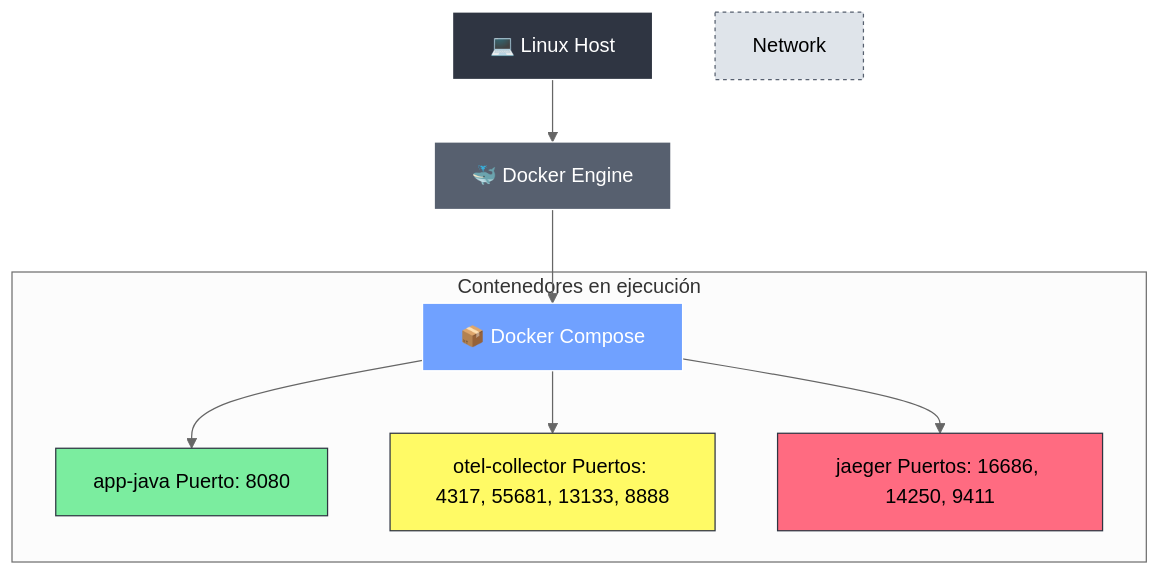
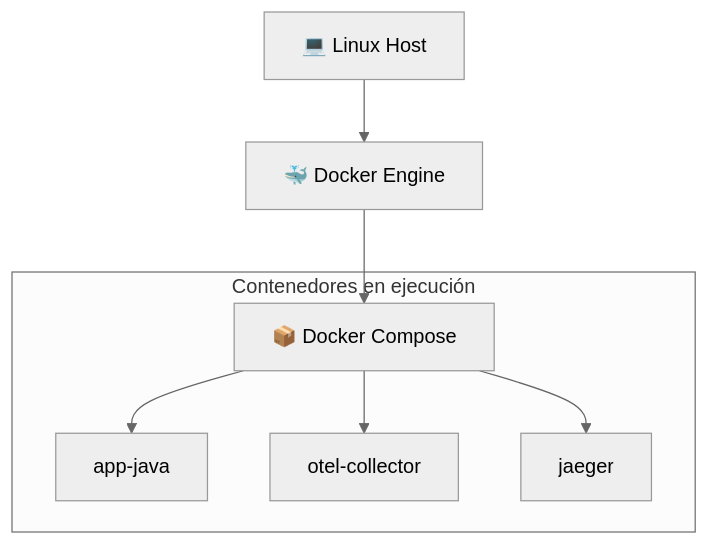
One commit to rugi/OTEL_Parte2 changed the diagram in Fase01/inicio/Readme.md. Above: the diagram before and after it, drawn with Mermaid (neutral theme).

Commit message:
Simplify container descriptions in Readme.md
Removed port information from container descriptions.

````diff
--- a/Fase01/inicio/Readme.md
+++ b/Fase01/inicio/Readme.md
@@ -25,25 +25,12 @@
 ``` mermaid
 graph TD
     A[💻 Linux Host] --> B[🐳 Docker Engine]
     B --> C[📦 Docker Compose]
 
     %% Contenedores encima del Compose
     subgraph Containers [Contenedores en ejecución]
-        C --> D1[app-java Puerto: 8080]
-        C --> D2[otel-collector Puertos: 4317, 55681, 13133, 8888]
-        C --> D3[jaeger Puertos: 16686, 14250, 9411]
+        C --> D1[app-java]
+        C --> D2[otel-collector]
+        C --> D3[jaeger]
     end
-
- 
-
- 
-
-    %% Estilo visual
-    style A fill:#2f3542,stroke:#fff,stroke-width:1px,color:#fff
-    style B fill:#57606f,stroke:#fff,color:#fff
-    style C fill:#70a1ff,stroke:#fff,color:#fff
-    style D1 fill:#7bed9f,stroke:#2f3542
-    style D2 fill:#fffa65,stroke:#2f3542
-    style D3 fill:#ff6b81,stroke:#2f3542
-    style Network fill:#dfe4ea,stroke:#57606f,stroke-dasharray:3 3
 ```
````
